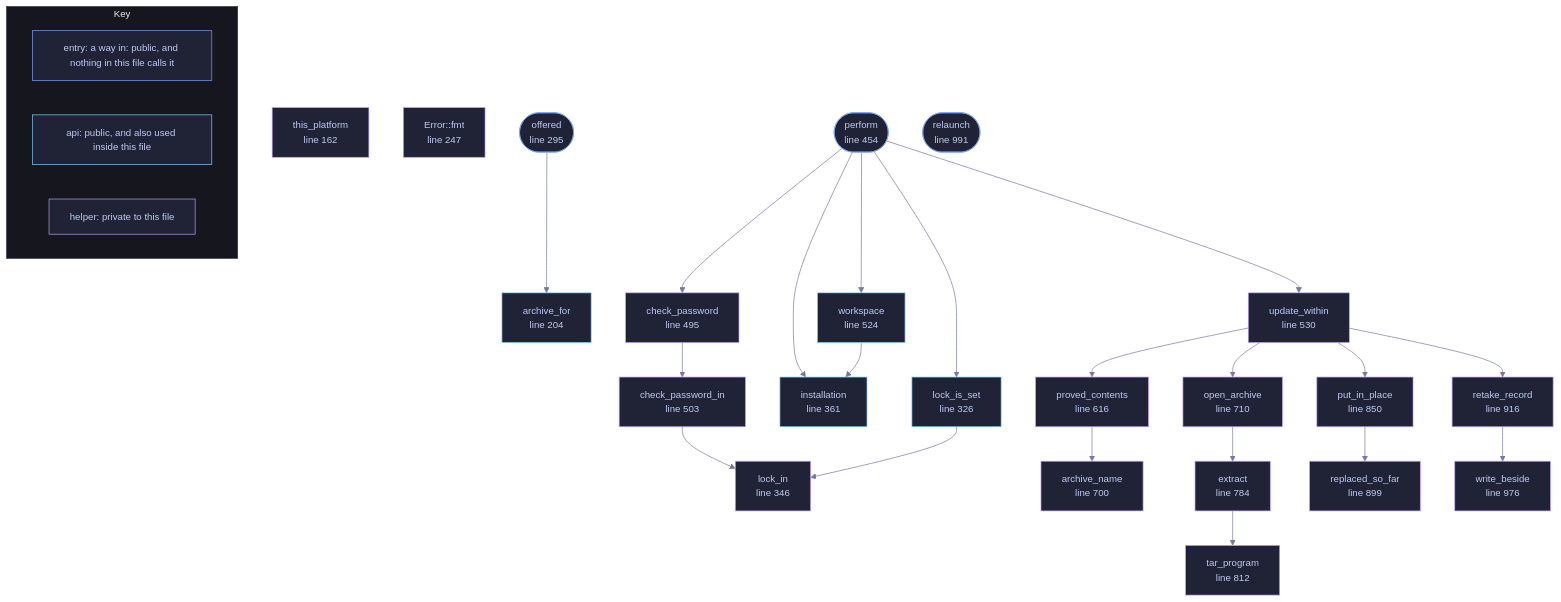
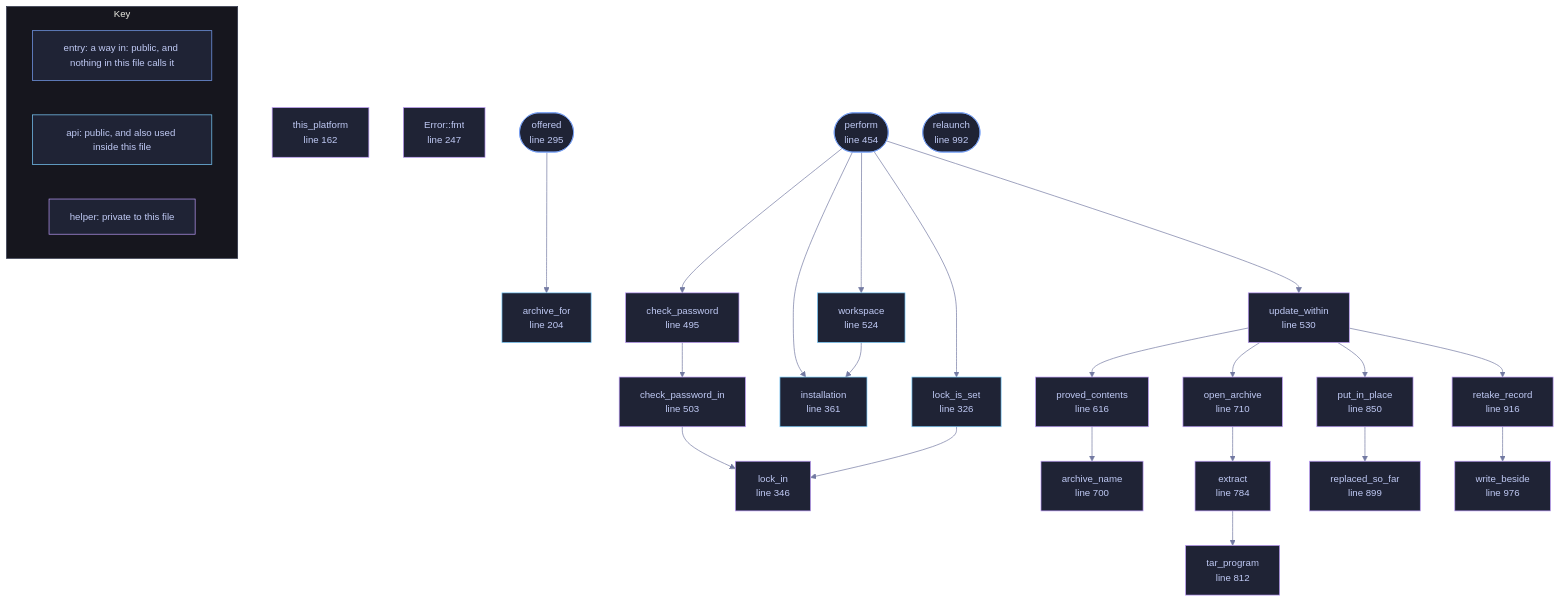
Before and after one commit to tilas01/veilvoice: the diagram in docs/files/veilvoice-verify/update.md, drawn with Mermaid. The commit also changed other lines of this file and 514 other files, not shown here.

````diff
--- a/docs/files/veilvoice-verify/update.md
+++ b/docs/files/veilvoice-verify/update.md
@@ -182,82 +182,82 @@
 ```mermaid
 %%{init: {"theme":"base","themeVariables":{"background":"#1a1b26","primaryColor":"#1f2335","primaryTextColor":"#c0caf5","primaryBorderColor":"#7aa2f7","secondaryColor":"#16161e","tertiaryColor":"#16161e","lineColor":"#737aa2","textColor":"#c0caf5","mainBkg":"#1f2335","nodeBorder":"#7aa2f7","clusterBkg":"#16161e","clusterBorder":"#2f3549","fontFamily":"ui-monospace, SFMono-Regular, Consolas, monospace","fontSize":"14px"}}}%%
 flowchart TD
     n_this_platform["this_platform<br/>line 162"]
     n_archive_for["archive_for<br/>line 204"]
     n_fmt["Error::fmt<br/>line 247"]
     n_offered(["offered<br/>line 295"])
     n_lock_is_set["lock_is_set<br/>line 326"]
     n_lock_in["lock_in<br/>line 346"]
     n_installation["installation<br/>line 361"]
     n_perform(["perform<br/>line 454"])
     n_check_password["check_password<br/>line 495"]
     n_check_password_in["check_password_in<br/>line 503"]
     n_workspace["workspace<br/>line 524"]
     n_update_within["update_within<br/>line 530"]
     n_proved_contents["proved_contents<br/>line 616"]
     n_archive_name["archive_name<br/>line 700"]
     n_open_archive["open_archive<br/>line 710"]
     n_extract["extract<br/>line 784"]
     n_tar_program["tar_program<br/>line 812"]
     n_put_in_place["put_in_place<br/>line 850"]
     n_replaced_so_far["replaced_so_far<br/>line 899"]
     n_retake_record["retake_record<br/>line 916"]
     n_write_beside["write_beside<br/>line 976"]
-    n_relaunch(["relaunch<br/>line 991"])
+    n_relaunch(["relaunch<br/>line 992"])
     n_check_password --> n_check_password_in
     n_check_password_in --> n_lock_in
     n_extract --> n_tar_program
     n_lock_is_set --> n_lock_in
     n_offered --> n_archive_for
     n_open_archive --> n_extract
     n_perform --> n_check_password
     n_perform --> n_installation
     n_perform --> n_lock_is_set
     n_perform --> n_update_within
     n_perform --> n_workspace
     n_proved_contents --> n_archive_name
     n_put_in_place --> n_replaced_so_far
     n_retake_record --> n_write_beside
     n_update_within --> n_open_archive
     n_update_within --> n_proved_contents
     n_update_within --> n_put_in_place
     n_update_within --> n_retake_record
     n_workspace --> n_installation
     click n_this_platform href "https://github.com/tilas01/veilvoice/blob/main/crates/veilvoice-verify/src/update.rs#L162" "open the source"
     click n_archive_for href "https://github.com/tilas01/veilvoice/blob/main/crates/veilvoice-verify/src/update.rs#L204" "open the source"
     click n_fmt href "https://github.com/tilas01/veilvoice/blob/main/crates/veilvoice-verify/src/update.rs#L247" "open the source"
     click n_offered href "https://github.com/tilas01/veilvoice/blob/main/crates/veilvoice-verify/src/update.rs#L295" "open the source"
     click n_lock_is_set href "https://github.com/tilas01/veilvoice/blob/main/crates/veilvoice-verify/src/update.rs#L326" "open the source"
     click n_lock_in href "https://github.com/tilas01/veilvoice/blob/main/crates/veilvoice-verify/src/update.rs#L346" "open the source"
     click n_installation href "https://github.com/tilas01/veilvoice/blob/main/crates/veilvoice-verify/src/update.rs#L361" "open the source"
     click n_perform href "https://github.com/tilas01/veilvoice/blob/main/crates/veilvoice-verify/src/update.rs#L454" "open the source"
     click n_check_password href "https://github.com/tilas01/veilvoice/blob/main/crates/veilvoice-verify/src/update.rs#L495" "open the source"
     click n_check_password_in href "https://github.com/tilas01/veilvoice/blob/main/crates/veilvoice-verify/src/update.rs#L503" "open the source"
     click n_workspace href "https://github.com/tilas01/veilvoice/blob/main/crates/veilvoice-verify/src/update.rs#L524" "open the source"
     click n_update_within href "https://github.com/tilas01/veilvoice/blob/main/crates/veilvoice-verify/src/update.rs#L530" "open the source"
     click n_proved_contents href "https://github.com/tilas01/veilvoice/blob/main/crates/veilvoice-verify/src/update.rs#L616" "open the source"
     click n_archive_name href "https://github.com/tilas01/veilvoice/blob/main/crates/veilvoice-verify/src/update.rs#L700" "open the source"
     click n_open_archive href "https://github.com/tilas01/veilvoice/blob/main/crates/veilvoice-verify/src/update.rs#L710" "open the source"
     click n_extract href "https://github.com/tilas01/veilvoice/blob/main/crates/veilvoice-verify/src/update.rs#L784" "open the source"
     click n_tar_program href "https://github.com/tilas01/veilvoice/blob/main/crates/veilvoice-verify/src/update.rs#L812" "open the source"
     click n_put_in_place href "https://github.com/tilas01/veilvoice/blob/main/crates/veilvoice-verify/src/update.rs#L850" "open the source"
     click n_replaced_so_far href "https://github.com/tilas01/veilvoice/blob/main/crates/veilvoice-verify/src/update.rs#L899" "open the source"
     click n_retake_record href "https://github.com/tilas01/veilvoice/blob/main/crates/veilvoice-verify/src/update.rs#L916" "open the source"
     click n_write_beside href "https://github.com/tilas01/veilvoice/blob/main/crates/veilvoice-verify/src/update.rs#L976" "open the source"
-    click n_relaunch href "https://github.com/tilas01/veilvoice/blob/main/crates/veilvoice-verify/src/update.rs#L991" "open the source"
+    click n_relaunch href "https://github.com/tilas01/veilvoice/blob/main/crates/veilvoice-verify/src/update.rs#L992" "open the source"
     classDef entry fill:#1f2335,stroke:#7aa2f7,color:#c0caf5
     class n_offered,n_perform,n_relaunch entry
     classDef api fill:#1f2335,stroke:#7dcfff,color:#c0caf5
     class n_archive_for,n_lock_is_set,n_installation,n_workspace api
     classDef helper fill:#1f2335,stroke:#bb9af7,color:#c0caf5
     class n_this_platform,n_fmt,n_lock_in,n_check_password,n_check_password_in,n_update_within,n_proved_contents,n_archive_name,n_open_archive,n_extract,n_tar_program,n_put_in_place,n_replaced_so_far,n_retake_record,n_write_beside helper
     subgraph chart_key ["Key"]
         direction LR
         key_entry["entry: a way in: public, and nothing in this file calls it"]
         key_api["api: public, and also used inside this file"]
         key_helper["helper: private to this file"]
     end
     class key_entry entry
     class key_api api
     class key_helper helper
 ```
````
